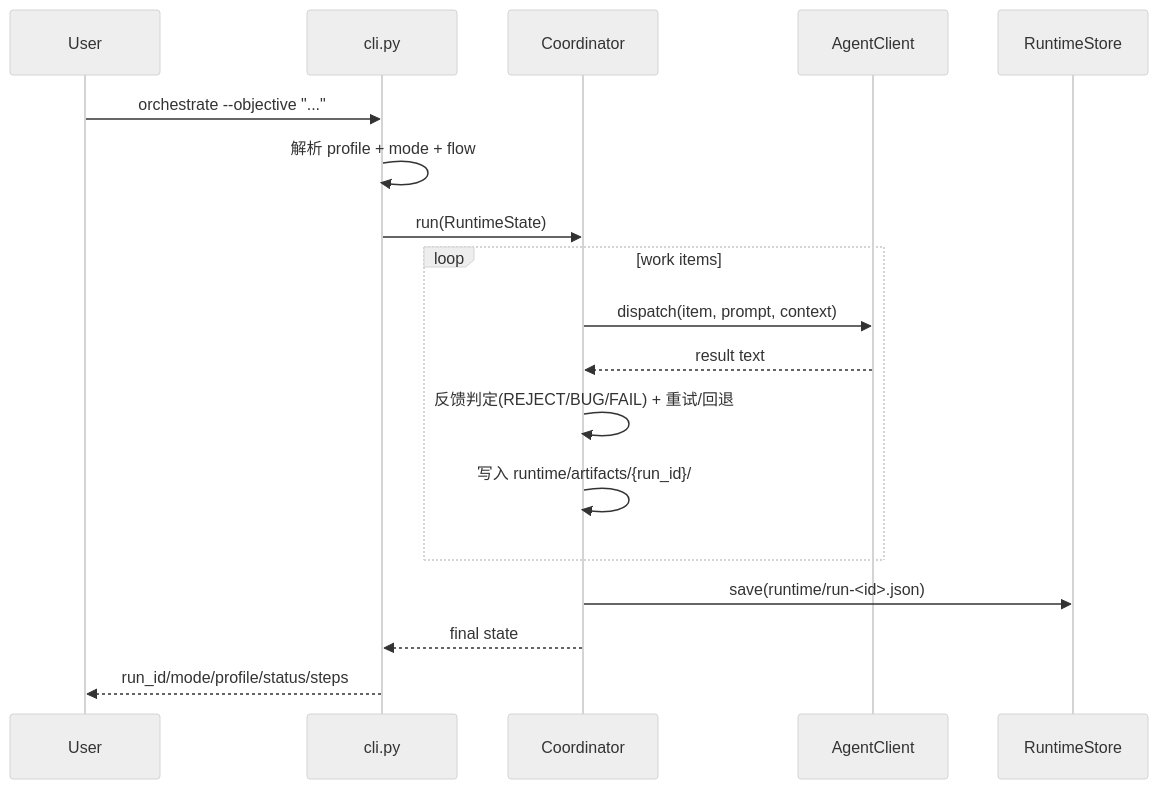
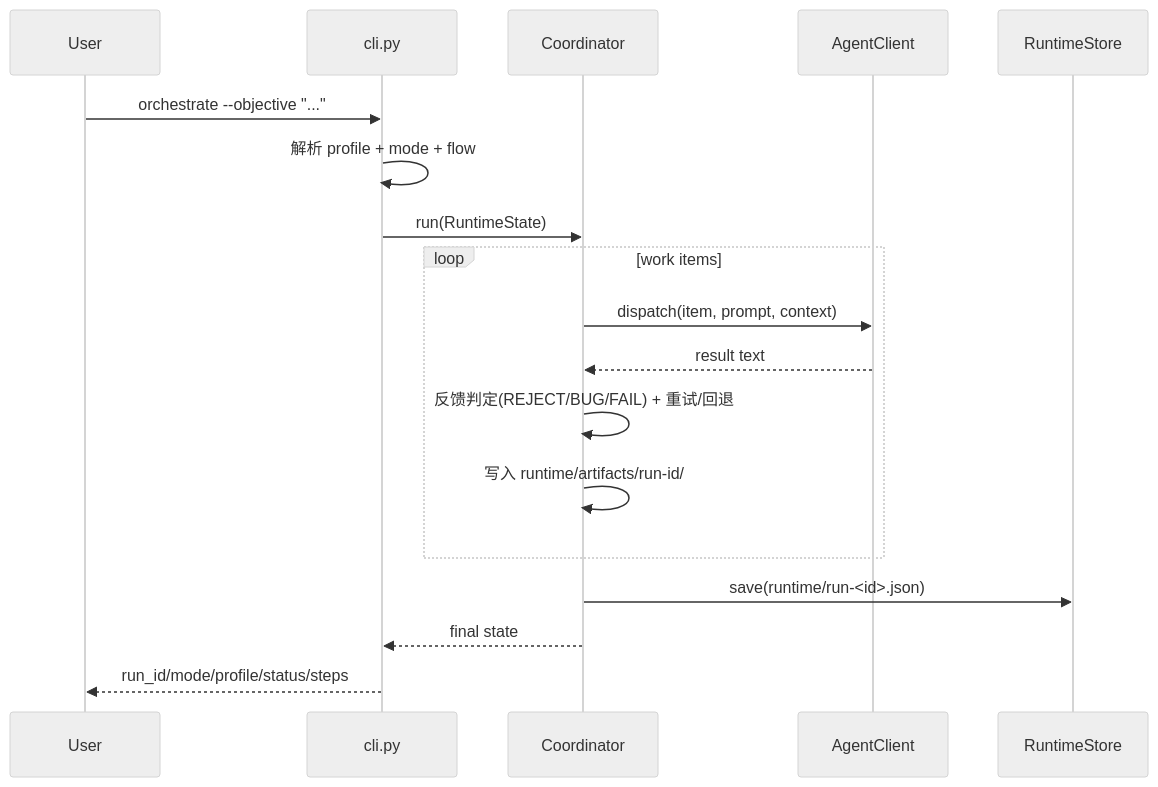
One commit to 2089764/codex-ai-rd-team changed the second of 3 diagrams in ARCHITECTURE.md. Above: the diagram before and after it, drawn with Mermaid (neutral theme). The commit also changed other lines of this file, not shown here.

````diff
--- a/ARCHITECTURE.md
+++ b/ARCHITECTURE.md
@@ -53,23 +53,23 @@
 ```mermaid
 sequenceDiagram
     participant User
     participant CLI as cli.py
     participant Core as Coordinator
     participant Agent as AgentClient
     participant Store as RuntimeStore
 
     User->>CLI: orchestrate --objective "..."
     CLI->>CLI: 解析 profile + mode + flow
     CLI->>Core: run(RuntimeState)
 
     loop work items
         Core->>Agent: dispatch(item, prompt, context)
         Agent-->>Core: result text
         Core->>Core: 反馈判定(REJECT/BUG/FAIL) + 重试/回退
-        Core->>Core: 写入 runtime/artifacts/{run_id}/
+        Core->>Core: 写入 runtime/artifacts/run-id/
     end
 
     Core->>Store: save(runtime/run-<id>.json)
     Core-->>CLI: final state
     CLI-->>User: run_id/mode/profile/status/steps
 ```
````
